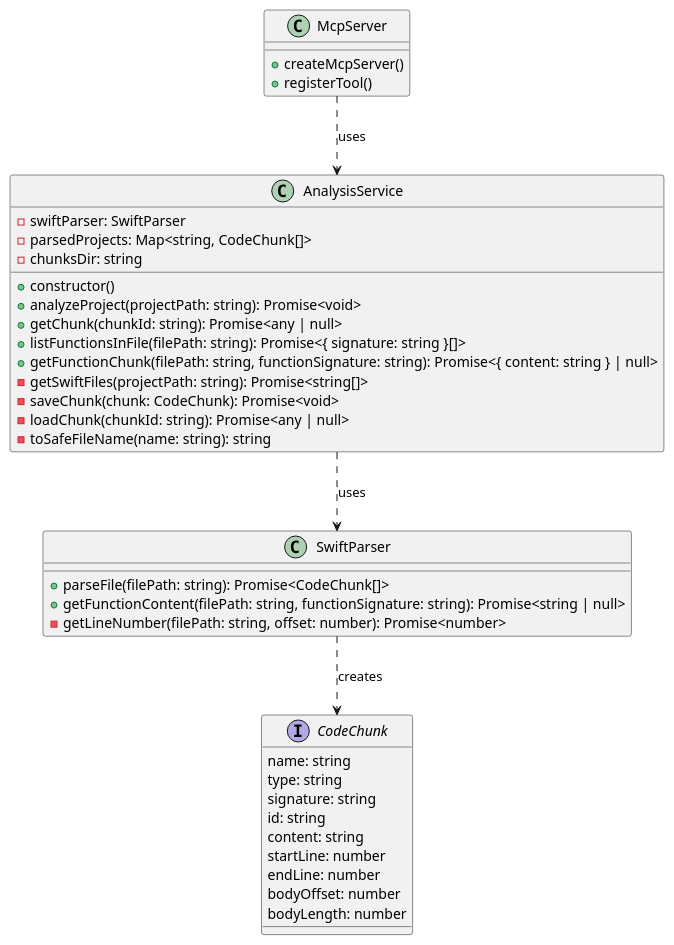
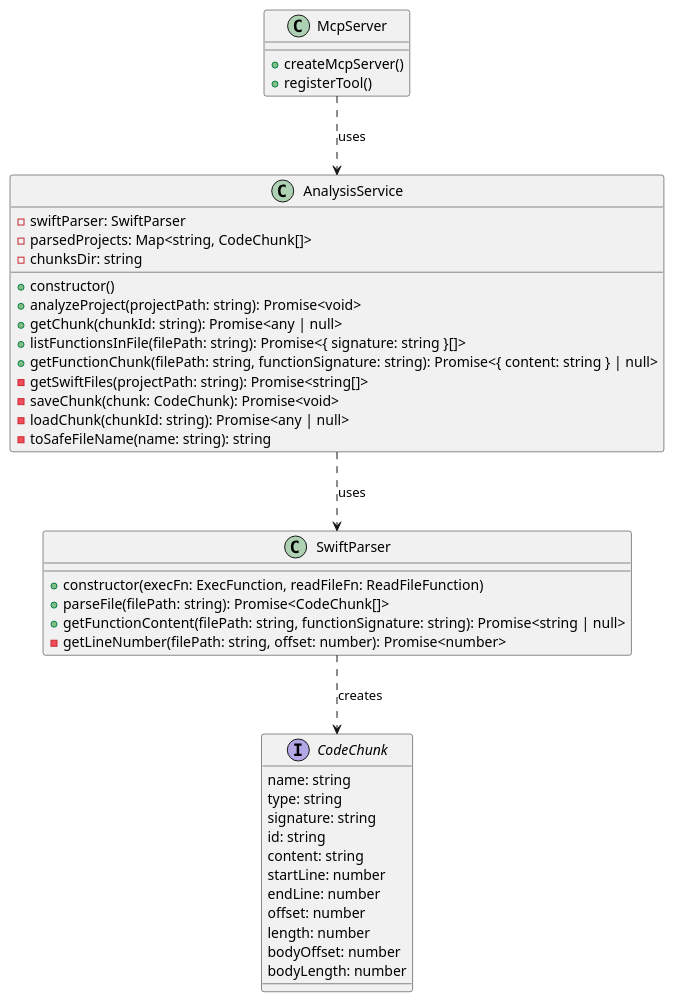
One commit to aoitan/project-analyzer-mcp changed the diagram in doc/diagrams/class_diagram.puml. Above: the diagram before and after it, drawn with PlantUML. The commit also changed 7 other files, not shown here.

First line of the commit message:
docs: PlantUML図を最新化

```diff
--- a/doc/diagrams/class_diagram.puml
+++ b/doc/diagrams/class_diagram.puml
@@ -1,45 +1,48 @@
 @startuml
 
 class McpServer {
   + createMcpServer()
   + registerTool()
 }
 
 class AnalysisService {
   - swiftParser: SwiftParser
   - parsedProjects: Map<string, CodeChunk[]>
   - chunksDir: string
   + constructor()
   + analyzeProject(projectPath: string): Promise<void>
   + getChunk(chunkId: string): Promise<any | null>
   + listFunctionsInFile(filePath: string): Promise<{ signature: string }[]>
   + getFunctionChunk(filePath: string, functionSignature: string): Promise<{ content: string } | null>
   - getSwiftFiles(projectPath: string): Promise<string[]>
   - saveChunk(chunk: CodeChunk): Promise<void>
   - loadChunk(chunkId: string): Promise<any | null>
   - toSafeFileName(name: string): string
 }
 
 class SwiftParser {
+  + constructor(execFn: ExecFunction, readFileFn: ReadFileFunction)
   + parseFile(filePath: string): Promise<CodeChunk[]>
   + getFunctionContent(filePath: string, functionSignature: string): Promise<string | null>
   - getLineNumber(filePath: string, offset: number): Promise<number>
 }
 
 interface CodeChunk {
   name: string
   type: string
   signature: string
   id: string
   content: string
   startLine: number
   endLine: number
+  offset: number
+  length: number
   bodyOffset: number
   bodyLength: number
 }
 
 McpServer ..> AnalysisService : uses
 AnalysisService ..> SwiftParser : uses
 SwiftParser ..> CodeChunk : creates
 
 @enduml
```
